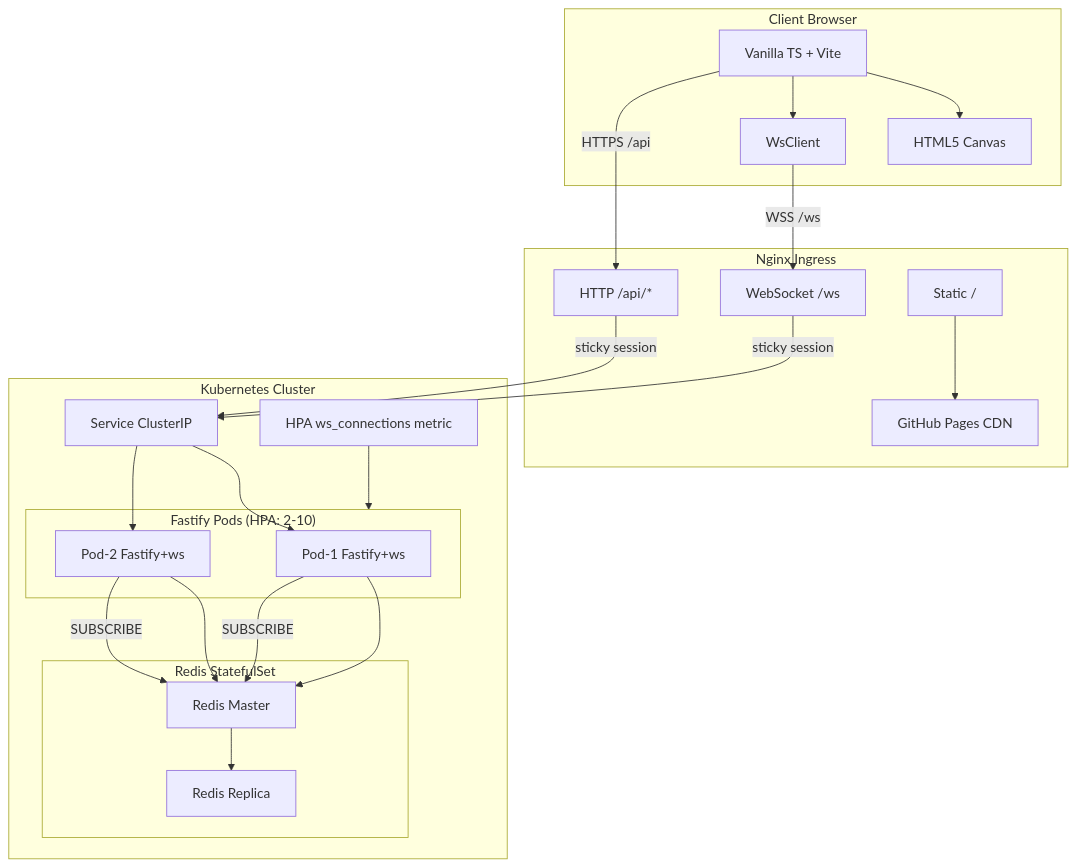
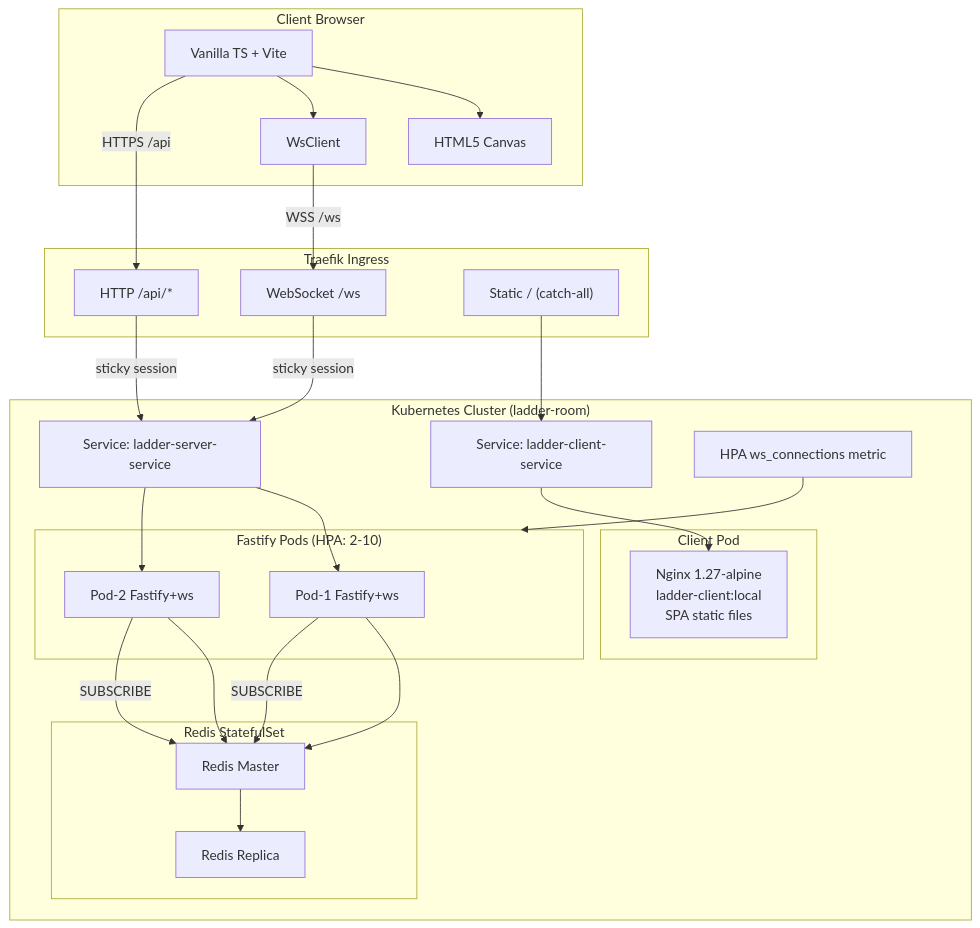
One commit to ibalasite/climb_stairs changed the first of 6 diagrams in docs/EDD.md. Above: the diagram before and after it, drawn with Mermaid. The commit also changed other lines of this file and 2 other files, not shown here.

````diff
--- a/docs/EDD.md
+++ b/docs/EDD.md
@@ -132,48 +134,54 @@
 ```mermaid
 graph TD
     subgraph Client["Client Browser"]
         TS["Vanilla TS + Vite"]
         Canvas["HTML5 Canvas"]
         WSClient["WsClient"]
         TS --> Canvas
         TS --> WSClient
     end
 
-    subgraph Ingress["Nginx Ingress"]
+    subgraph Ingress["Traefik Ingress"]
         NginxHTTP["HTTP /api/*"]
         NginxWS["WebSocket /ws"]
-        NginxStatic["Static /"]
-        NginxStatic --> Pages["GitHub Pages CDN"]
+        NginxStatic["Static / (catch-all)"]
     end
 
-    subgraph K8sCluster["Kubernetes Cluster"]
-        SVC["Service ClusterIP"]
+    subgraph K8sCluster["Kubernetes Cluster (ladder-room)"]
+        SVC["Service: ladder-server-service"]
+        ClientSVC["Service: ladder-client-service"]
+
+        subgraph ClientPod["Client Pod"]
+            NginxPod["Nginx 1.27-alpine\nladder-client:local\nSPA static files"]
+        end
 
         subgraph Pods["Fastify Pods (HPA: 2-10)"]
             Pod1["Pod-1 Fastify+ws"]
             Pod2["Pod-2 Fastify+ws"]
         end
 
         SVC --> Pod1
         SVC --> Pod2
+        ClientSVC --> NginxPod
 
         subgraph Redis["Redis StatefulSet"]
             RedisMaster["Redis Master"]
             RedisReplica["Redis Replica"]
             RedisMaster --> RedisReplica
         end
 
         Pod1 --> RedisMaster
         Pod2 --> RedisMaster
         Pod1 --> |"SUBSCRIBE"| RedisMaster
         Pod2 --> |"SUBSCRIBE"| RedisMaster
 
         HPA["HPA ws_connections metric"]
         HPA --> Pods
     end
 
     WSClient --> |"WSS /ws"| NginxWS
     TS --> |"HTTPS /api"| NginxHTTP
     NginxHTTP --> |"sticky session"| SVC
     NginxWS --> |"sticky session"| SVC
+    NginxStatic --> ClientSVC
 ```
````
